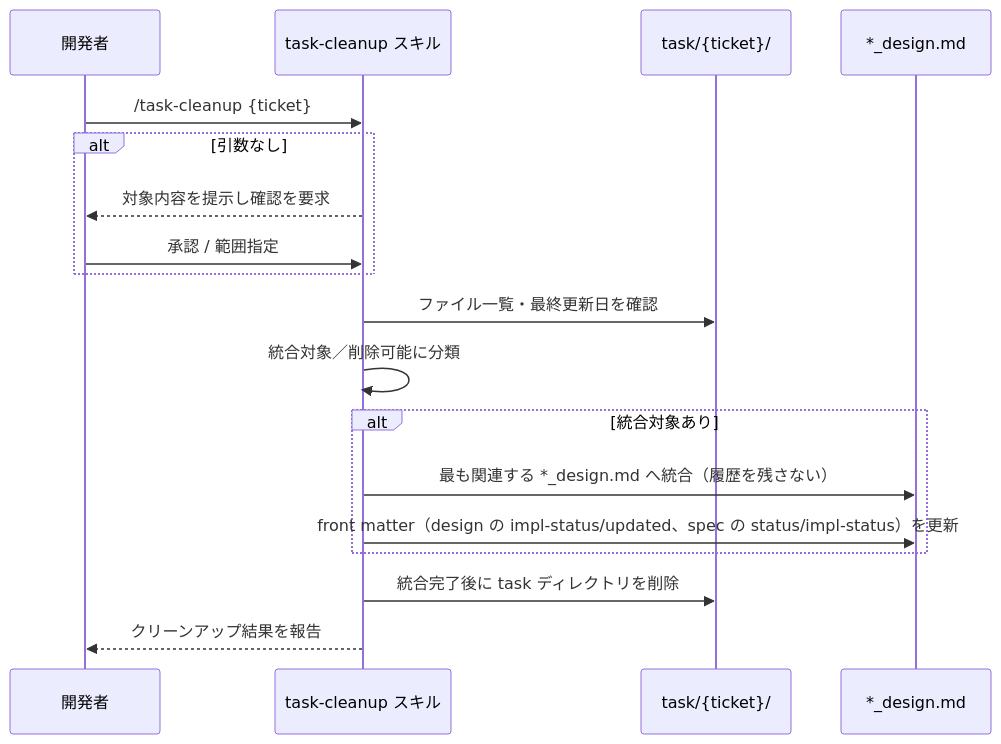
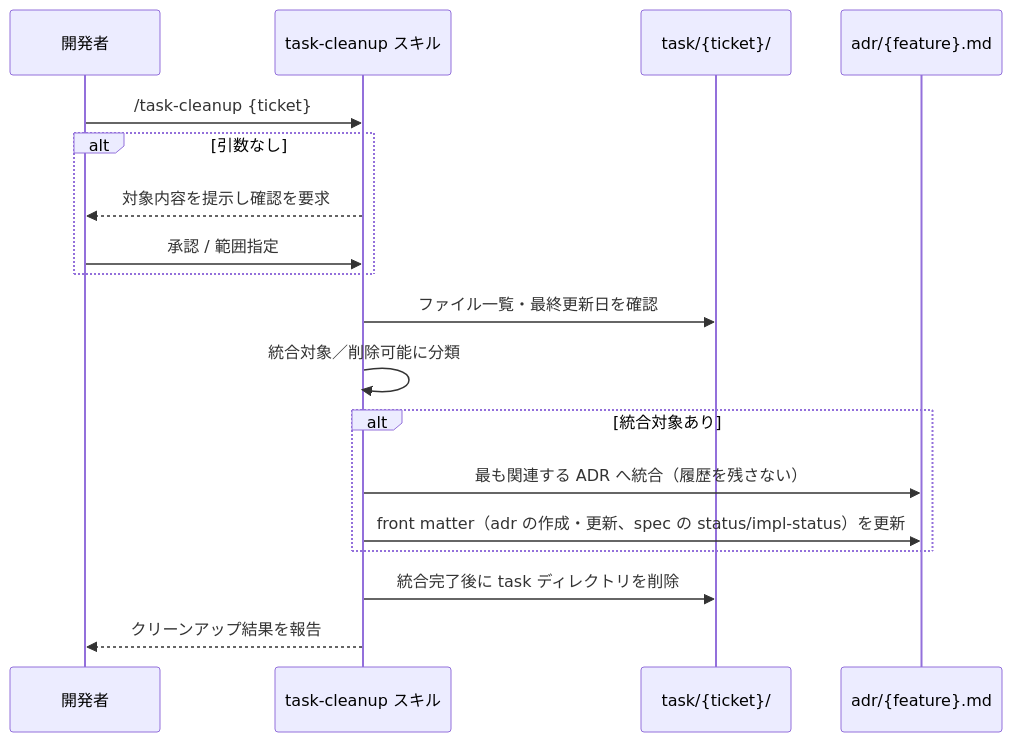
Before and after one commit to ToshikiImagawa/ai-sdd-workflow-dev: the diagram in .sdd/specification/task-implementation/task-cleanup_spec.md, drawn with Mermaid. The commit also changed other lines of this file and 13 other files, not shown here.

First line of the commit message:
[fix] ADRファイル命名を adr/{feature}.md に統一し、正典ドキュメントの自己矛盾を解消する (#107)

````diff
--- a/.sdd/specification/task-implementation/task-cleanup_spec.md
+++ b/.sdd/specification/task-implementation/task-cleanup_spec.md
@@ -113,21 +115,21 @@
 ```mermaid
 sequenceDiagram
     participant User as 開発者
     participant Skill as task-cleanup スキル
     participant Task as task/{ticket}/
-    participant Design as *_design.md
+    participant Adr as adr/{feature}.md
 
     User ->> Skill: /task-cleanup {ticket}
     alt 引数なし
         Skill -->> User: 対象内容を提示し確認を要求
         User ->> Skill: 承認 / 範囲指定
     end
     Skill ->> Task: ファイル一覧・最終更新日を確認
     Skill ->> Skill: 統合対象／削除可能に分類
     alt 統合対象あり
-        Skill ->> Design: 最も関連する *_design.md へ統合（履歴を残さない）
-        Skill ->> Design: front matter（design の impl-status/updated、spec の status/impl-status）を更新
+        Skill ->> Adr: 最も関連する ADR へ統合（履歴を残さない）
+        Skill ->> Adr: front matter（adr の作成・更新、spec の status/impl-status）を更新
     end
     Skill ->> Task: 統合完了後に task ディレクトリを削除
     Skill -->> User: クリーンアップ結果を報告
 ```
````
